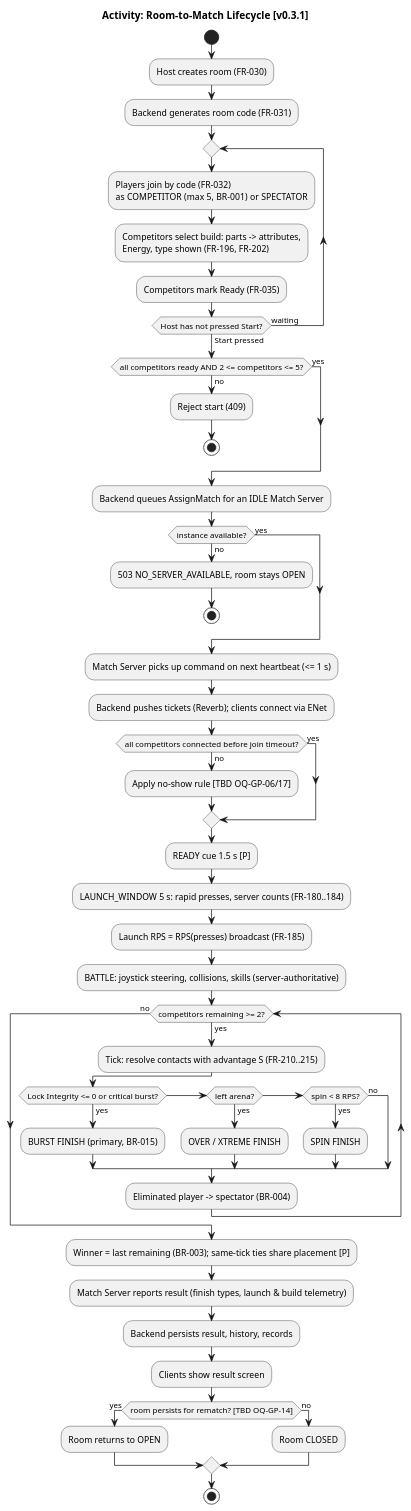
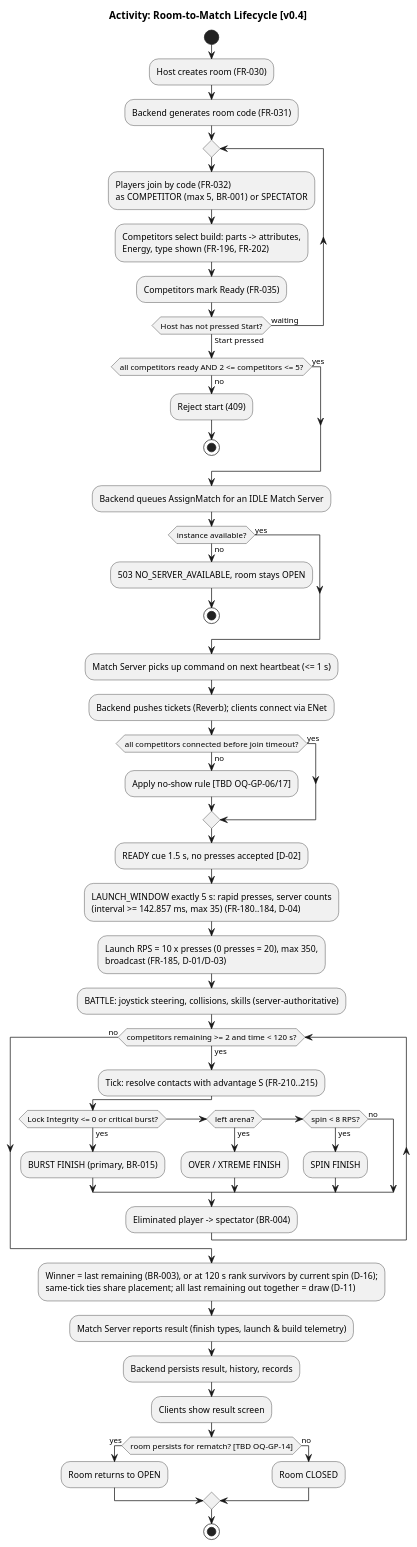
Before and after one commit to houcine212-hub/Bayblade_Sesytem: the diagram in docs/02-uml/activity-room-to-match.puml, drawn with PlantUML. The commit also changed 57 other files, not shown here.

```diff
--- a/docs/02-uml/activity-room-to-match.puml
+++ b/docs/02-uml/activity-room-to-match.puml
@@ -1,54 +1,54 @@
 @startuml activity-room-to-match
-title Activity: Room-to-Match Lifecycle [v0.3.1]
+title Activity: Room-to-Match Lifecycle [v0.4]
 start
 :Host creates room (FR-030);
 :Backend generates room code (FR-031);
 repeat
   :Players join by code (FR-032)\nas COMPETITOR (max 5, BR-001) or SPECTATOR;
   :Competitors select build: parts -> attributes,\nEnergy, type shown (FR-196, FR-202);
   :Competitors mark Ready (FR-035);
 repeat while (Host has not pressed Start?) is (waiting) not (Start pressed)
 if (all competitors ready AND 2 <= competitors <= 5?) then (yes)
 else (no)
   :Reject start (409);
   stop
 endif
 :Backend queues AssignMatch for an IDLE Match Server;
 if (instance available?) then (yes)
 else (no)
   :503 NO_SERVER_AVAILABLE, room stays OPEN;
   stop
 endif
 :Match Server picks up command on next heartbeat (<= 1 s);
 :Backend pushes tickets (Reverb); clients connect via ENet;
 if (all competitors connected before join timeout?) then (yes)
 else (no)
   :Apply no-show rule [TBD OQ-GP-06/17];
 endif
-:READY cue 1.5 s [P];
-:LAUNCH_WINDOW 5 s: rapid presses, server counts (FR-180..184);
-:Launch RPS = RPS(presses) broadcast (FR-185);
+:READY cue 1.5 s, no presses accepted [D-02];
+:LAUNCH_WINDOW exactly 5 s: rapid presses, server counts\n(interval >= 142.857 ms, max 35) (FR-180..184, D-04);
+:Launch RPS = 10 x presses (0 presses = 20), max 350,\nbroadcast (FR-185, D-01/D-03);
 :BATTLE: joystick steering, collisions, skills (server-authoritative);
-while (competitors remaining >= 2?) is (yes)
+while (competitors remaining >= 2 and time < 120 s?) is (yes)
   :Tick: resolve contacts with advantage S (FR-210..215);
   if (Lock Integrity <= 0 or critical burst?) then (yes)
     :BURST FINISH (primary, BR-015);
   elseif (left arena?) then (yes)
     :OVER / XTREME FINISH;
   elseif (spin < 8 RPS?) then (yes)
     :SPIN FINISH;
   else (no)
   endif
   :Eliminated player -> spectator (BR-004);
 endwhile (no)
-:Winner = last remaining (BR-003); same-tick ties share placement [P];
+:Winner = last remaining (BR-003), or at 120 s rank survivors by current spin (D-16);\nsame-tick ties share placement; all last remaining out together = draw (D-11);
 :Match Server reports result (finish types, launch & build telemetry);
 :Backend persists result, history, records;
 :Clients show result screen;
 if (room persists for rematch? [TBD OQ-GP-14]) then (yes)
   :Room returns to OPEN;
 else (no)
   :Room CLOSED;
 endif
 stop
 @enduml
```
